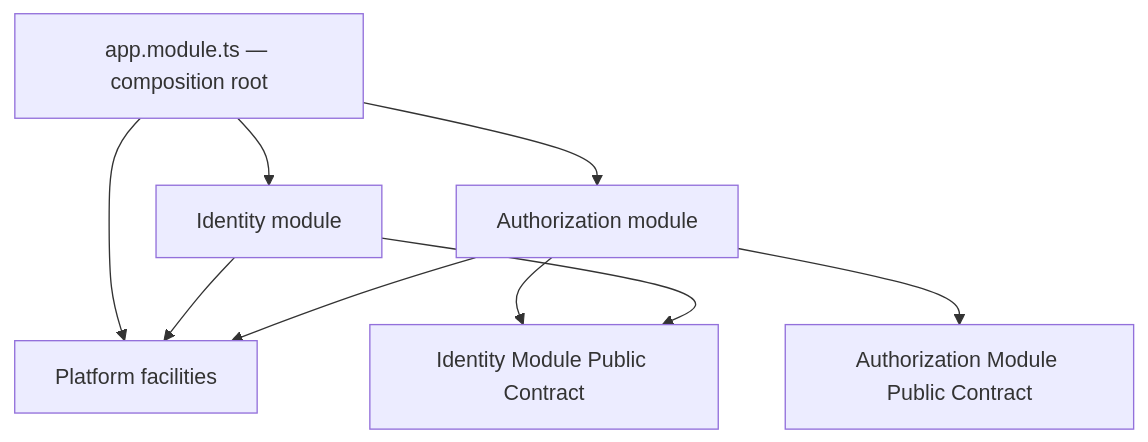
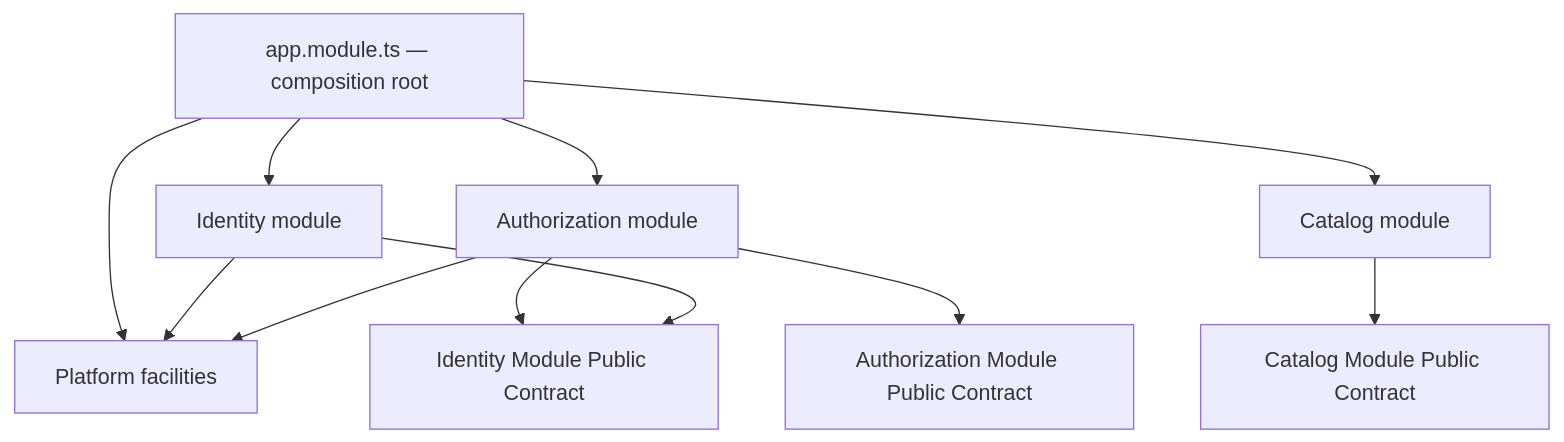
Before and after one commit to alireza-constantin/nest-typeorm-auth-template: the first of 2 diagrams in docs/architecture/module-map.md, drawn with Mermaid. The commit also changed other lines of this file and 30 other files, not shown here.

````diff
--- a/docs/architecture/module-map.md
+++ b/docs/architecture/module-map.md
@@ -55,18 +63,22 @@
 ```mermaid
 flowchart TD
     Composition["app.module.ts — composition root"]
     Identity["Identity module"]
     Authorization["Authorization module"]
+    Catalog["Catalog module"]
     Platform["Platform facilities"]
     IdentityContract["Identity Module Public Contract"]
     AuthorizationContract["Authorization Module Public Contract"]
+    CatalogContract["Catalog Module Public Contract"]
 
     Composition --> Identity
     Composition --> Authorization
+    Composition --> Catalog
     Composition --> Platform
     Authorization --> IdentityContract
     Identity --> Platform
     Authorization --> Platform
     Identity --> IdentityContract
     Authorization --> AuthorizationContract
+    Catalog --> CatalogContract
 ```
````
